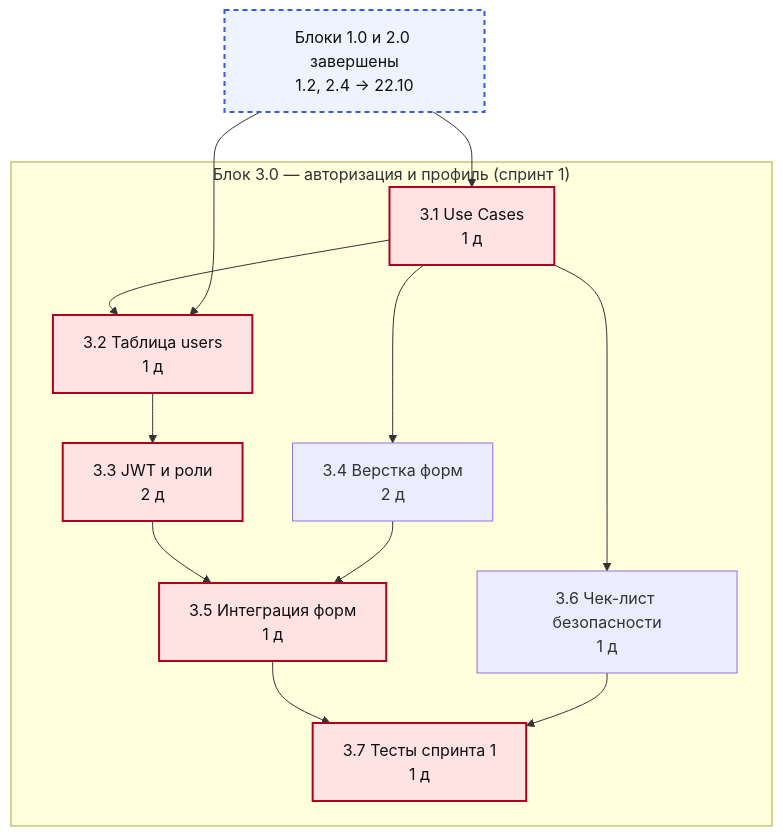
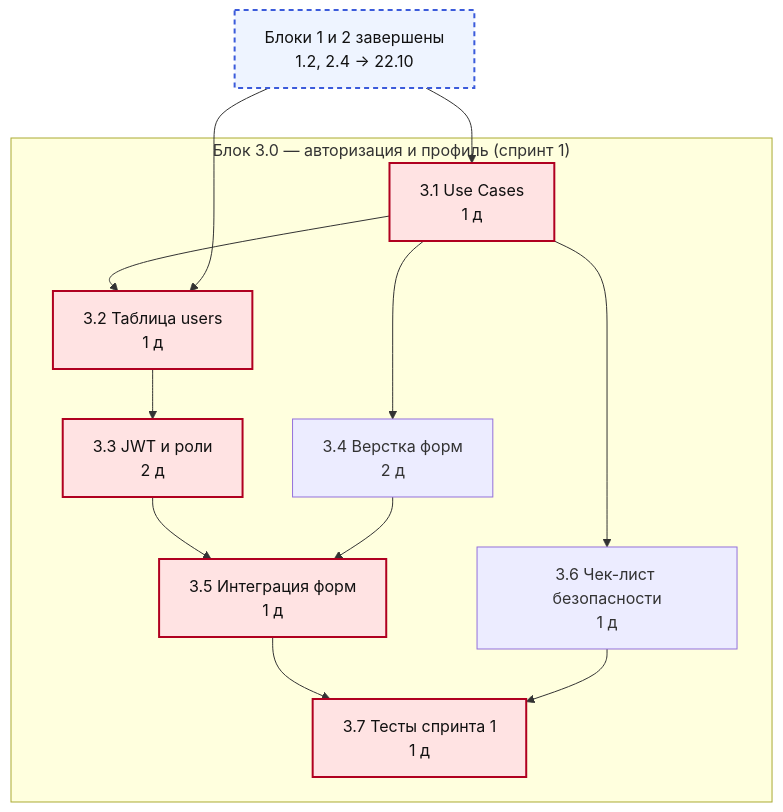
The second of 6 diagrams in docs/labs/lab-06-schedule.md (xlazyone/bileton), drawn with Mermaid before and after one commit. The commit also changed other lines of this file and 1 other file, not shown here.

First line of the commit message:
docs: еженедельные повторяющиеся задачи в диаграмме Ганта (ЛР-6)

````diff
--- a/docs/labs/lab-06-schedule.md
+++ b/docs/labs/lab-06-schedule.md
@@ -146,26 +146,26 @@
 ```mermaid
 flowchart TB
     classDef crit fill:#ffe3e3,stroke:#b00020,stroke-width:2px,color:#111;
     classDef gate fill:#eef4ff,stroke:#3b5bdb,stroke-width:2px,stroke-dasharray: 5 4,color:#111;
-    tgstart["Блоки 1.0 и 2.0 завершены<br/>1.2, 2.4 → 22.10"]:::gate
+    tgstart["Блоки 1 и 2 завершены<br/>1.2, 2.4 → 22.10"]:::gate
     subgraph tg0["Блок 3.0 — авторизация и профиль (спринт 1)"]
         t3_1["3.1 Use Cases<br/>1 д"]
         t3_2["3.2 Таблица users<br/>1 д"]
         t3_3["3.3 JWT и роли<br/>2 д"]
         t3_4["3.4 Верстка форм<br/>2 д"]
         t3_5["3.5 Интеграция форм<br/>1 д"]
         t3_6["3.6 Чек-лист безопасности<br/>1 д"]
         t3_7["3.7 Тесты спринта 1<br/>1 д"]
     end
     tgstart --> t3_1
     t3_1 --> t3_2
     tgstart --> t3_2
     t3_2 --> t3_3
     t3_1 --> t3_4
     t3_3 --> t3_5
     t3_4 --> t3_5
     t3_1 --> t3_6
     t3_5 --> t3_7
     t3_6 --> t3_7
     class t3_1,t3_2,t3_3,t3_5,t3_7 crit;
 ```
````
